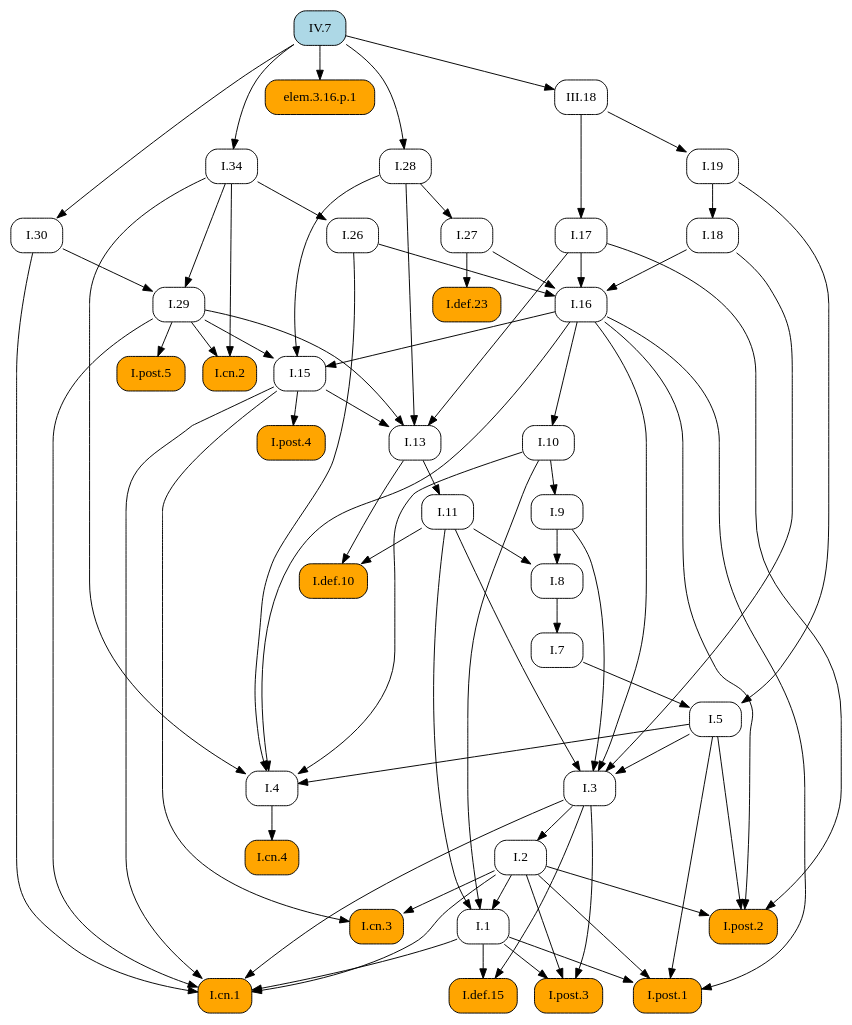
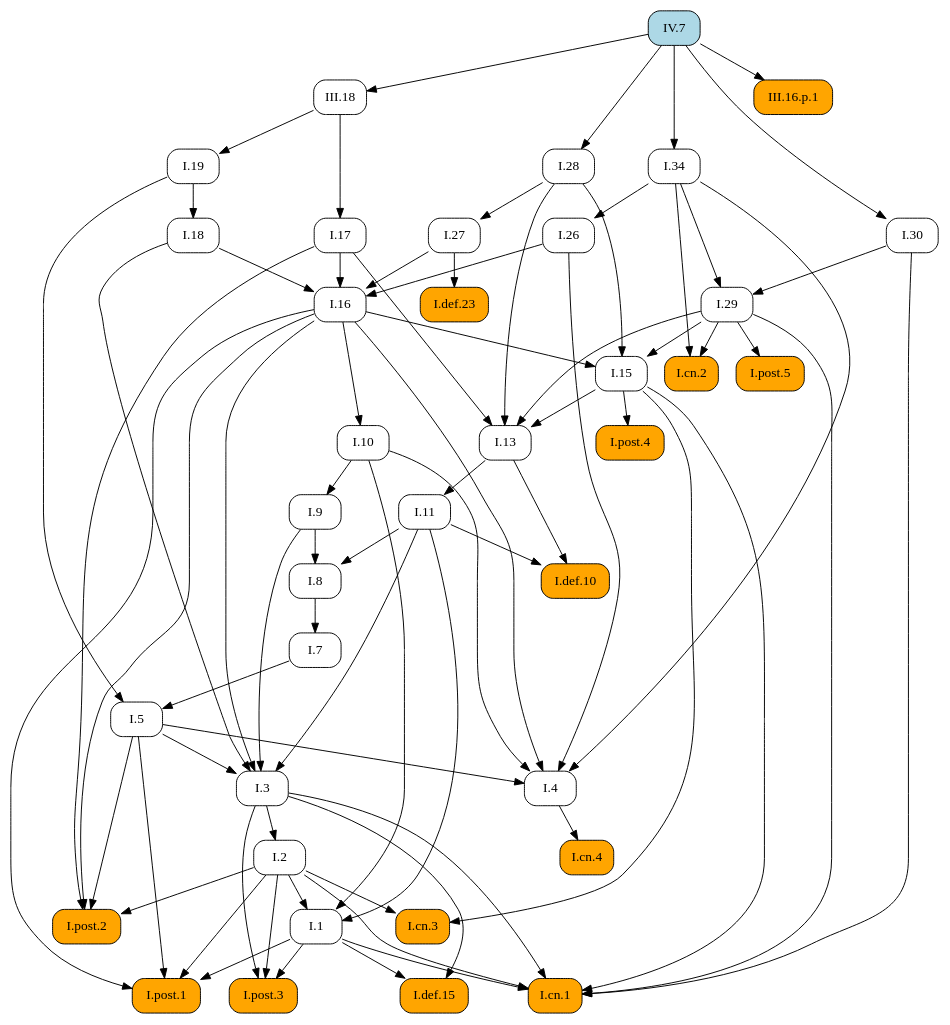
The diagram in docsrc/heath/IV/7/index.rst (geometor/elements), drawn with Graphviz before and after one commit. The commit also changed other lines of this file and 484 other files, not shown here.

```diff
--- a/docsrc/heath/IV/7/index.rst
+++ b/docsrc/heath/IV/7/index.rst
@@ -105,115 +105,115 @@
    digraph {
      rankdir="TB";
      node [shape=box, style=rounded];
+     "I.9" [URL="/heath/I/9/", target="_top"];
+     "III.16.p.1" [style="rounded,filled", fillcolor=orange];
+     "I.def.15" [style="rounded,filled", fillcolor=orange, URL="/heath/I/def.15/", target="_top"];
+     "IV.7" [style="rounded,filled", fillcolor=lightblue, URL="/heath/IV/7/", target="_top"];
+     "I.post.3" [style="rounded,filled", fillcolor=orange, URL="/heath/I/post.3/", target="_top"];
+     "I.post.1" [style="rounded,filled", fillcolor=orange, URL="/heath/I/post.1/", target="_top"];
+     "I.19" [URL="/heath/I/19/", target="_top"];
+     "I.30" [URL="/heath/I/30/", target="_top"];
      "I.def.10" [style="rounded,filled", fillcolor=orange, URL="/heath/I/def.10/", target="_top"];
-     "I.11" [URL="/heath/I/11/", target="_top"];
-     "I.post.4" [style="rounded,filled", fillcolor=orange, URL="/heath/I/post.4/", target="_top"];
-     "I.28" [URL="/heath/I/28/", target="_top"];
-     "I.1" [URL="/heath/I/1/", target="_top"];
-     "I.26" [URL="/heath/I/26/", target="_top"];
-     "I.29" [URL="/heath/I/29/", target="_top"];
-     "I.cn.2" [style="rounded,filled", fillcolor=orange, URL="/heath/I/cn.2/", target="_top"];
      "I.18" [URL="/heath/I/18/", target="_top"];
-     "I.def.15" [style="rounded,filled", fillcolor=orange, URL="/heath/I/def.15/", target="_top"];
-     "I.post.3" [style="rounded,filled", fillcolor=orange, URL="/heath/I/post.3/", target="_top"];
-     "I.cn.1" [style="rounded,filled", fillcolor=orange, URL="/heath/I/cn.1/", target="_top"];
-     "I.30" [URL="/heath/I/30/", target="_top"];
-     "I.cn.3" [style="rounded,filled", fillcolor=orange, URL="/heath/I/cn.3/", target="_top"];
-     "elem.3.16.p.1" [style="rounded,filled", fillcolor=orange];
-     "IV.7" [style="rounded,filled", fillcolor=lightblue, URL="/heath/IV/7/", target="_top"];
-     "I.post.1" [style="rounded,filled", fillcolor=orange, URL="/heath/I/post.1/", target="_top"];
      "I.27" [URL="/heath/I/27/", target="_top"];
-     "I.7" [URL="/heath/I/7/", target="_top"];
      "I.34" [URL="/heath/I/34/", target="_top"];
      "I.3" [URL="/heath/I/3/", target="_top"];
+     "I.cn.1" [style="rounded,filled", fillcolor=orange, URL="/heath/I/cn.1/", target="_top"];
+     "III.18" [URL="/heath/III/18/", target="_top"];
+     "I.7" [URL="/heath/I/7/", target="_top"];
      "I.2" [URL="/heath/I/2/", target="_top"];
+     "I.13" [URL="/heath/I/13/", target="_top"];
+     "I.post.4" [style="rounded,filled", fillcolor=orange, URL="/heath/I/post.4/", target="_top"];
      "I.4" [URL="/heath/I/4/", target="_top"];
+     "I.1" [URL="/heath/I/1/", target="_top"];
+     "I.5" [URL="/heath/I/5/", target="_top"];
+     "I.17" [URL="/heath/I/17/", target="_top"];
+     "I.8" [URL="/heath/I/8/", target="_top"];
+     "I.cn.3" [style="rounded,filled", fillcolor=orange, URL="/heath/I/cn.3/", target="_top"];
+     "I.29" [URL="/heath/I/29/", target="_top"];
+     "I.16" [URL="/heath/I/16/", target="_top"];
+     "I.15" [URL="/heath/I/15/", target="_top"];
+     "I.10" [URL="/heath/I/10/", target="_top"];
+     "I.11" [URL="/heath/I/11/", target="_top"];
      "I.def.23" [style="rounded,filled", fillcolor=orange, URL="/heath/I/def.23/", target="_top"];
-     "I.13" [URL="/heath/I/13/", target="_top"];
-     "I.17" [URL="/heath/I/17/", target="_top"];
+     "I.cn.2" [style="rounded,filled", fillcolor=orange, URL="/heath/I/cn.2/", target="_top"];
+     "I.post.5" [style="rounded,filled", fillcolor=orange, URL="/heath/I/post.5/", target="_top"];
+     "I.28" [URL="/heath/I/28/", target="_top"];
+     "I.cn.4" [style="rounded,filled", fillcolor=orange, URL="/heath/I/cn.4/", target="_top"];
      "I.post.2" [style="rounded,filled", fillcolor=orange, URL="/heath/I/post.2/", target="_top"];
-     "I.16" [URL="/heath/I/16/", target="_top"];
-     "I.19" [URL="/heath/I/19/", target="_top"];
-     "I.9" [URL="/heath/I/9/", target="_top"];
-     "I.8" [URL="/heath/I/8/", target="_top"];
-     "I.cn.4" [style="rounded,filled", fillcolor=orange, URL="/heath/I/cn.4/", target="_top"];
-     "I.15" [URL="/heath/I/15/", target="_top"];
-     "I.post.5" [style="rounded,filled", fillcolor=orange, URL="/heath/I/post.5/", target="_top"];
-     "I.10" [URL="/heath/I/10/", target="_top"];
-     "III.18" [URL="/heath/III/18/", target="_top"];
-     "I.5" [URL="/heath/I/5/", target="_top"];
-     "I.11" -> "I.def.10";
-     "I.13" -> "I.def.10";
-     "I.13" -> "I.11";
-     "I.15" -> "I.post.4";
-     "IV.7" -> "I.28";
-     "I.2" -> "I.1";
-     "I.10" -> "I.1";
-     "I.11" -> "I.1";
-     "I.34" -> "I.26";
-     "I.30" -> "I.29";
-     "I.34" -> "I.29";
-     "I.29" -> "I.cn.2";
-     "I.34" -> "I.cn.2";
-     "I.19" -> "I.18";
+     "I.26" [URL="/heath/I/26/", target="_top"];
+     "I.10" -> "I.9";
+     "IV.7" -> "III.16.p.1";
      "I.1" -> "I.def.15";
      "I.3" -> "I.def.15";
      "I.1" -> "I.post.3";
      "I.2" -> "I.post.3";
      "I.3" -> "I.post.3";
+     "I.1" -> "I.post.1";
+     "I.2" -> "I.post.1";
+     "I.5" -> "I.post.1";
+     "I.16" -> "I.post.1";
+     "III.18" -> "I.19";
+     "IV.7" -> "I.30";
+     "I.11" -> "I.def.10";
+     "I.13" -> "I.def.10";
+     "I.19" -> "I.18";
+     "I.28" -> "I.27";
+     "IV.7" -> "I.34";
+     "I.5" -> "I.3";
+     "I.9" -> "I.3";
+     "I.11" -> "I.3";
+     "I.16" -> "I.3";
+     "I.18" -> "I.3";
      "I.1" -> "I.cn.1";
      "I.2" -> "I.cn.1";
      "I.3" -> "I.cn.1";
      "I.15" -> "I.cn.1";
      "I.29" -> "I.cn.1";
      "I.30" -> "I.cn.1";
-     "IV.7" -> "I.30";
-     "I.2" -> "I.cn.3";
-     "I.15" -> "I.cn.3";
-     "IV.7" -> "elem.3.16.p.1";
-     "I.1" -> "I.post.1";
-     "I.2" -> "I.post.1";
-     "I.5" -> "I.post.1";
-     "I.16" -> "I.post.1";
-     "I.28" -> "I.27";
+     "IV.7" -> "III.18";
      "I.8" -> "I.7";
-     "IV.7" -> "I.34";
-     "I.5" -> "I.3";
-     "I.9" -> "I.3";
-     "I.11" -> "I.3";
-     "I.16" -> "I.3";
-     "I.18" -> "I.3";
      "I.3" -> "I.2";
+     "I.15" -> "I.13";
+     "I.17" -> "I.13";
+     "I.28" -> "I.13";
+     "I.29" -> "I.13";
+     "I.15" -> "I.post.4";
      "I.5" -> "I.4";
      "I.10" -> "I.4";
      "I.16" -> "I.4";
      "I.26" -> "I.4";
      "I.34" -> "I.4";
+     "I.2" -> "I.1";
+     "I.10" -> "I.1";
+     "I.11" -> "I.1";
+     "I.7" -> "I.5";
+     "I.19" -> "I.5";
+     "III.18" -> "I.17";
+     "I.9" -> "I.8";
+     "I.11" -> "I.8";
+     "I.2" -> "I.cn.3";
+     "I.15" -> "I.cn.3";
+     "I.30" -> "I.29";
+     "I.34" -> "I.29";
+     "I.17" -> "I.16";
+     "I.18" -> "I.16";
+     "I.26" -> "I.16";
+     "I.27" -> "I.16";
+     "I.16" -> "I.15";
+     "I.28" -> "I.15";
+     "I.29" -> "I.15";
+     "I.16" -> "I.10";
+     "I.13" -> "I.11";
      "I.27" -> "I.def.23";
-     "I.15" -> "I.13";
-     "I.17" -> "I.13";
-     "I.28" -> "I.13";
-     "I.29" -> "I.13";
-     "III.18" -> "I.17";
+     "I.29" -> "I.cn.2";
+     "I.34" -> "I.cn.2";
+     "I.29" -> "I.post.5";
+     "IV.7" -> "I.28";
+     "I.4" -> "I.cn.4";
      "I.2" -> "I.post.2";
      "I.5" -> "I.post.2";
      "I.16" -> "I.post.2";
      "I.17" -> "I.post.2";
-     "I.17" -> "I.16";
-     "I.18" -> "I.16";
-     "I.26" -> "I.16";
-     "I.27" -> "I.16";
-     "III.18" -> "I.19";
-     "I.10" -> "I.9";
-     "I.9" -> "I.8";
-     "I.11" -> "I.8";
-     "I.4" -> "I.cn.4";
-     "I.16" -> "I.15";
-     "I.28" -> "I.15";
-     "I.29" -> "I.15";
-     "I.29" -> "I.post.5";
-     "I.16" -> "I.10";
-     "IV.7" -> "III.18";
-     "I.7" -> "I.5";
-     "I.19" -> "I.5";
+     "I.34" -> "I.26";
    }
```
